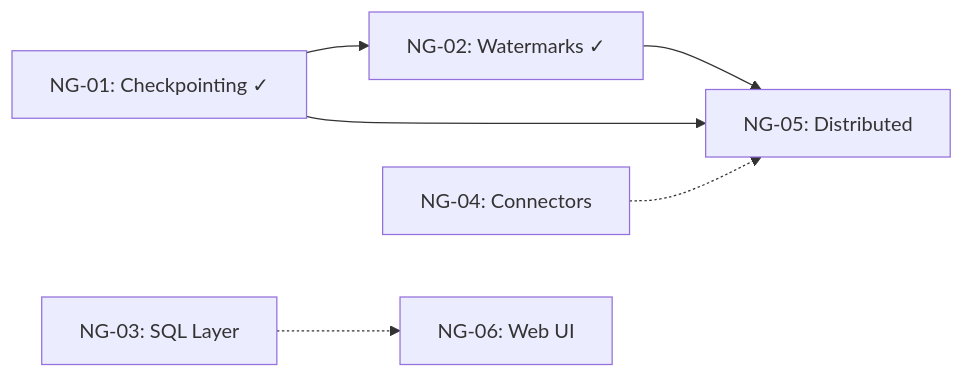
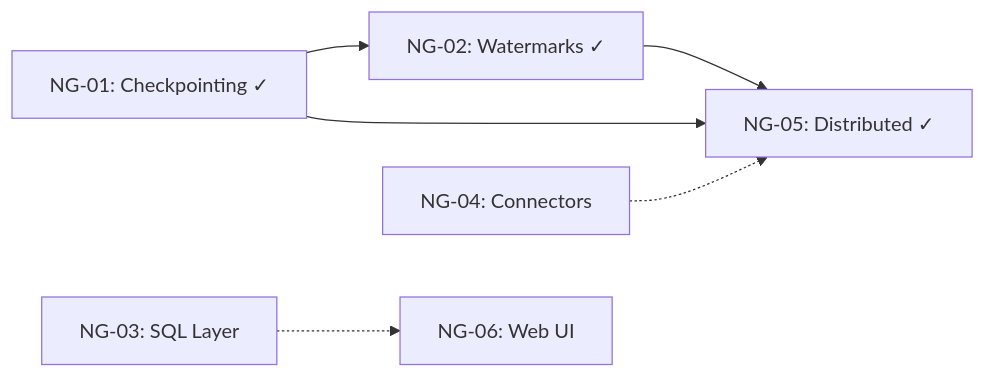
The first of 2 diagrams in docs/development/KANBAN.md (varpulis/varpulis), drawn with Mermaid before and after one commit. The commit also changed other lines of this file and 33 other files, not shown here.

First line of the commit message:
feat: distributed execution with coordinator, cluster crate, Docker Compose, and Helm chart

````diff
--- a/docs/development/KANBAN.md
+++ b/docs/development/KANBAN.md
@@ -271,8 +277,8 @@
 ```mermaid
 graph LR
     NG01[NG-01: Checkpointing ✓] --> NG02[NG-02: Watermarks ✓]
-    NG01 --> NG05[NG-05: Distributed]
+    NG01 --> NG05[NG-05: Distributed ✓]
     NG02 --> NG05
     NG03[NG-03: SQL Layer] -.-> NG06[NG-06: Web UI]
     NG04[NG-04: Connectors] -.-> NG05
 ```
````
